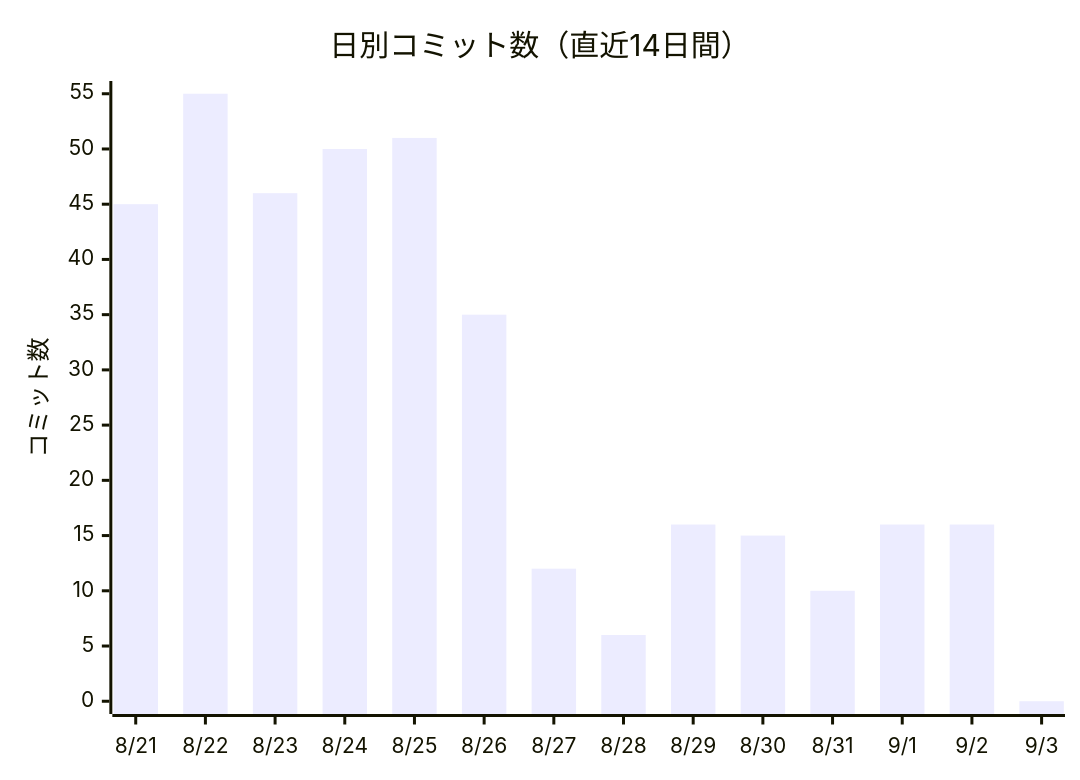
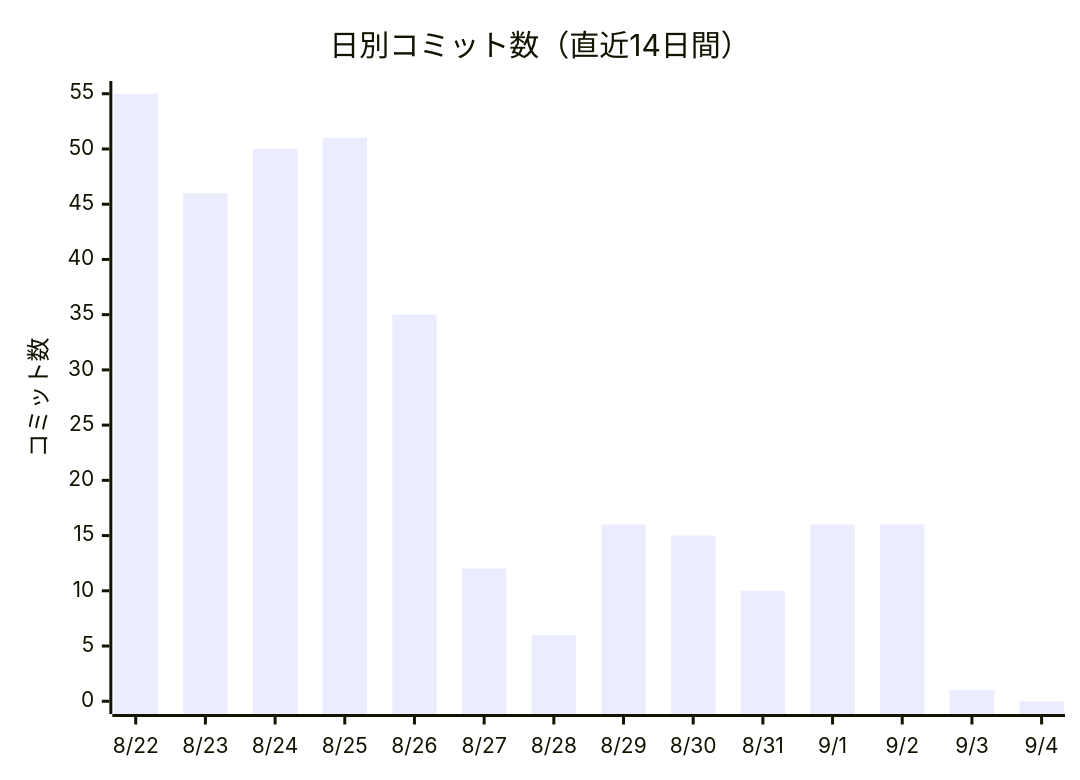
The first of 2 diagrams in docs/進化レポート.md (non-x2/non-x2), drawn with Mermaid before and after one commit. The commit also changed other lines of this file and 2 other files, not shown here.

````diff
--- a/docs/進化レポート.md
+++ b/docs/進化レポート.md
@@ -23,7 +23,7 @@
 ```mermaid
 xychart-beta
     title "日別コミット数（直近14日間）"
-    x-axis ["8/21", "8/22", "8/23", "8/24", "8/25", "8/26", "8/27", "8/28", "8/29", "8/30", "8/31", "9/1", "9/2", "9/3"]
+    x-axis ["8/22", "8/23", "8/24", "8/25", "8/26", "8/27", "8/28", "8/29", "8/30", "8/31", "9/1", "9/2", "9/3", "9/4"]
     y-axis "コミット数"
-    bar [45, 55, 46, 50, 51, 35, 12, 6, 16, 15, 10, 16, 16, 0]
+    bar [55, 46, 50, 51, 35, 12, 6, 16, 15, 10, 16, 16, 1, 0]
 ```
````
